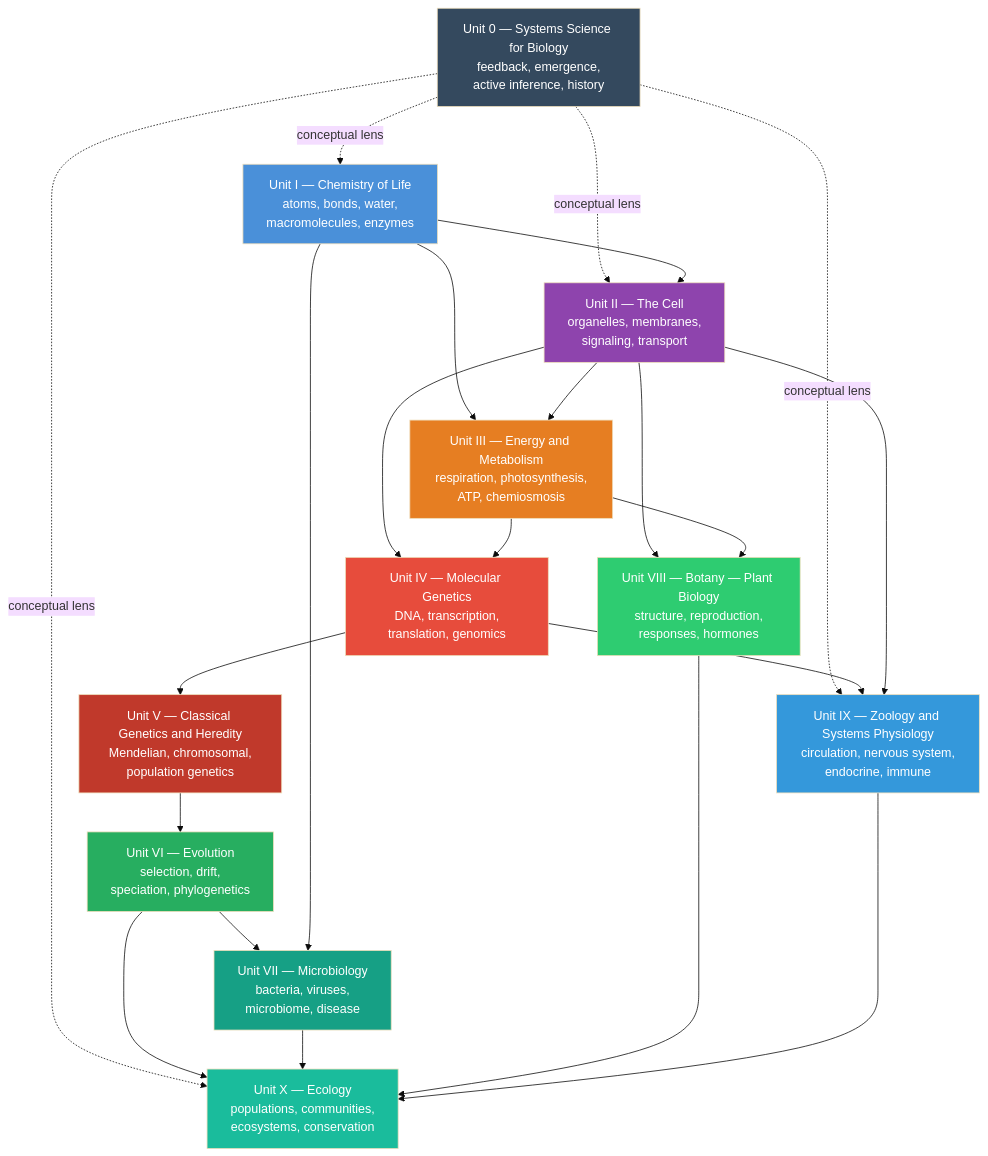
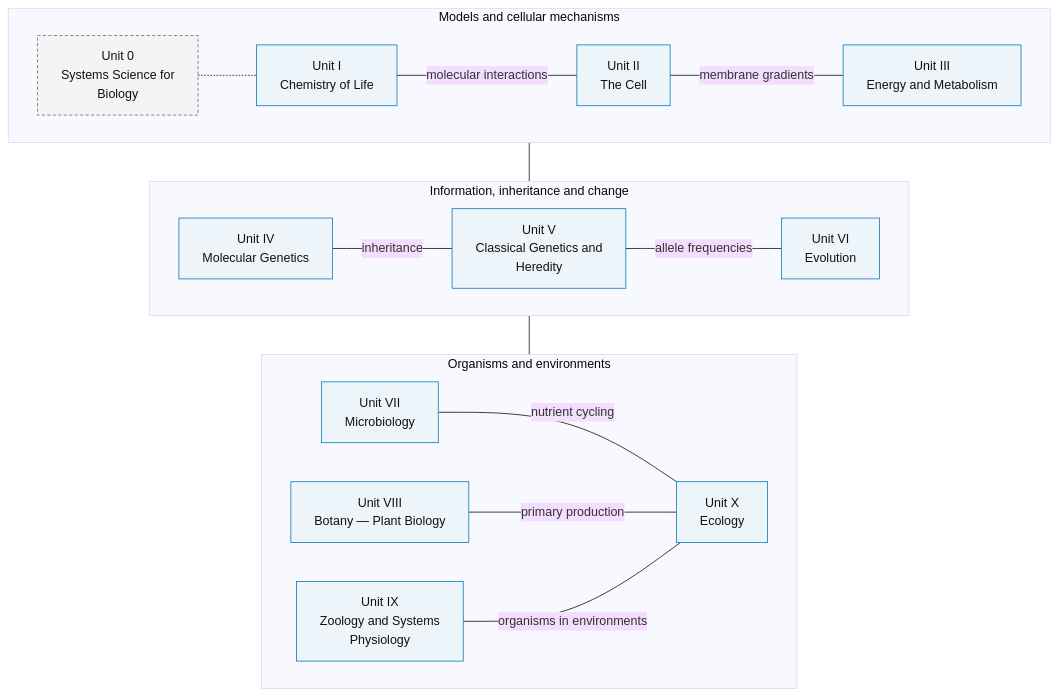
The diagram in docs/manuscript/front_matter.md (docxology/biology_textbook), drawn with Mermaid (base theme) before and after one commit. The commit also changed other lines of this file and 152 other files, not shown here.

````diff
--- a/docs/manuscript/front_matter.md
+++ b/docs/manuscript/front_matter.md
@@ -141,48 +141,50 @@
 ```mermaid
+---
+config:
+  layout: dagre
+---
 graph TD
-    U0["Unit 0 — Systems Science for Biology<br/>feedback, emergence,<br/>active inference, history"]
-    I["Unit I — Chemistry of Life<br/>atoms, bonds, water,<br/>macromolecules, enzymes"]
-    II["Unit II — The Cell<br/>organelles, membranes,<br/>signaling, transport"]
-    III["Unit III — Energy and Metabolism<br/>respiration, photosynthesis,<br/>ATP, chemiosmosis"]
-    IV["Unit IV — Molecular Genetics<br/>DNA, transcription,<br/>translation, genomics"]
-    V["Unit V — Classical Genetics and Heredity<br/>Mendelian, chromosomal,<br/>population genetics"]
-    VI["Unit VI — Evolution<br/>selection, drift,<br/>speciation, phylogenetics"]
-    VII["Unit VII — Microbiology<br/>bacteria, viruses,<br/>microbiome, disease"]
-    VIII["Unit VIII — Botany — Plant Biology<br/>structure, reproduction,<br/>responses, hormones"]
-    IX["Unit IX — Zoology and Systems Physiology<br/>circulation, nervous system,<br/>endocrine, immune"]
-    X["Unit X — Ecology<br/>populations, communities,<br/>ecosystems, conservation"]
-
-    U0 -.->|conceptual lens| I
-    U0 -.->|conceptual lens| II
-    U0 -.->|conceptual lens| X
-    U0 -.->|conceptual lens| IX
-    I --> II
-    I --> III
-    II --> III
-    II --> IV
-    III --> IV
-    IV --> V
-    V --> VI
-    VI --> VII
-    I --> VII
-    II --> VIII
-    III --> VIII
-    IV --> IX
-    II --> IX
-    VI --> X
-    VII --> X
-    VIII --> X
-    IX --> X
-
-    style U0 fill:#34495e,color:#fff
-    style I fill:#4a90d9,color:#fff
-    style II fill:#8e44ad,color:#fff
-    style III fill:#e67e22,color:#fff
-    style IV fill:#e74c3c,color:#fff
-    style V fill:#c0392b,color:#fff
-    style VI fill:#27ae60,color:#fff
-    style VII fill:#16a085,color:#fff
-    style VIII fill:#2ecc71,color:#fff
-    style IX fill:#3498db,color:#fff
-    style X fill:#1abc9c,color:#fff
+    subgraph mechanisms["Models and cellular mechanisms"]
+        direction LR
+        unit_0["Unit 0<br/>Systems Science for<br/>Biology"]
+        unit_I["Unit I<br/>Chemistry of Life"]
+        unit_II["Unit II<br/>The Cell"]
+        unit_III["Unit III<br/>Energy and Metabolism"]
+        unit_0 -.- unit_I
+        unit_I ---|molecular interactions| unit_II
+        unit_II ---|membrane gradients| unit_III
+    end
+    subgraph inheritance["Information, inheritance and change"]
+        direction LR
+        unit_IV["Unit IV<br/>Molecular Genetics"]
+        unit_V["Unit V<br/>Classical Genetics and<br/>Heredity"]
+        unit_VI["Unit VI<br/>Evolution"]
+        unit_IV ---|inheritance| unit_V
+        unit_V ---|allele frequencies| unit_VI
+    end
+    subgraph environments["Organisms and environments"]
+        direction LR
+        unit_VII["Unit VII<br/>Microbiology"]
+        unit_VIII["Unit VIII<br/>Botany — Plant Biology"]
+        unit_IX["Unit IX<br/>Zoology and Systems<br/>Physiology"]
+        unit_X["Unit X<br/>Ecology"]
+        unit_VII ---|nutrient cycling| unit_X
+        unit_VIII ---|primary production| unit_X
+        unit_IX ---|organisms in environments| unit_X
+    end
+    mechanisms --- inheritance
+    inheritance --- environments
+    classDef topic fill:#eef5fa,stroke:#0077bb,color:#111111
+    classDef lens fill:#f4f4f4,stroke:#666666,color:#111111,stroke-dasharray:4 3
+    class unit_0 lens
+    class unit_I topic
+    class unit_II topic
+    class unit_III topic
+    class unit_IV topic
+    class unit_V topic
+    class unit_VI topic
+    class unit_VII topic
+    class unit_VIII topic
+    class unit_IX topic
+    class unit_X topic
 ```
````
